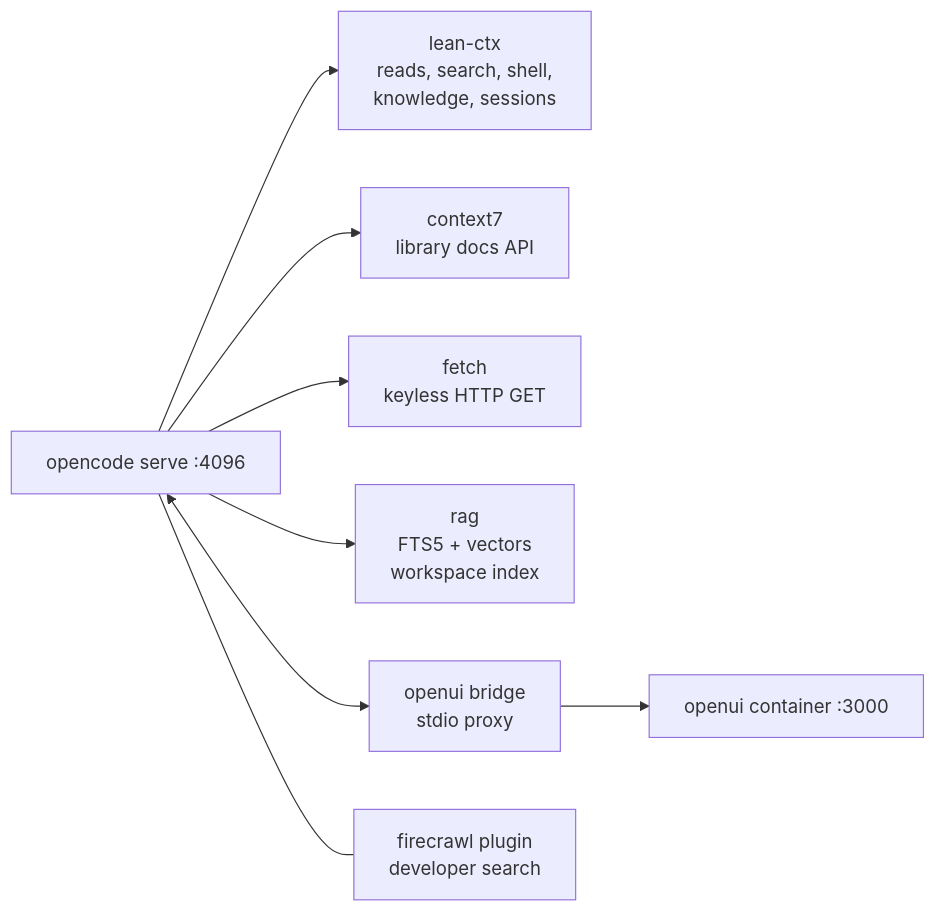
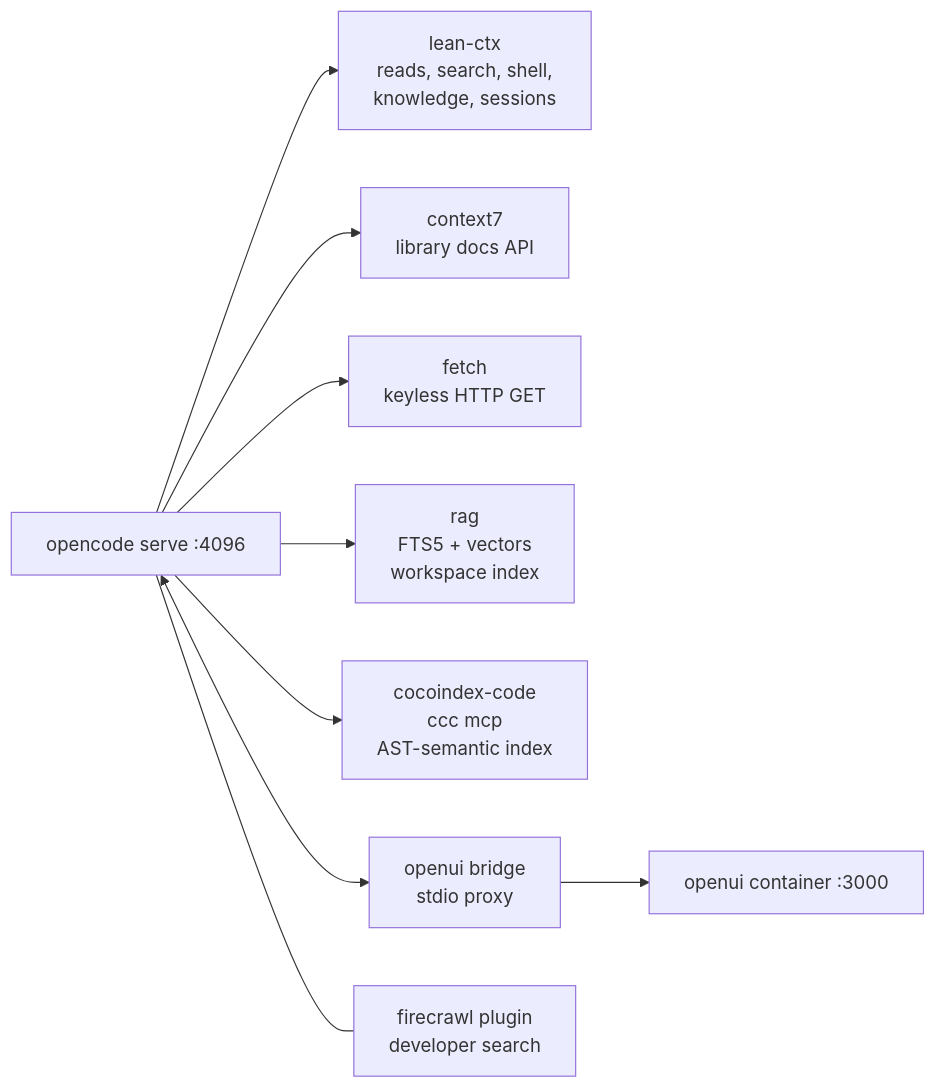
One commit to RizkiRachman/utility changed the first of 2 diagrams in workspace/agents/opencode/README.md. Above: the diagram before and after it, drawn with Mermaid. The commit also changed other lines of this file and 9 other files, not shown here.

````diff
--- a/workspace/agents/opencode/README.md
+++ b/workspace/agents/opencode/README.md
@@ -127,17 +134,19 @@
 ```mermaid
 flowchart LR
     OC["opencode serve :4096"]
     LC["lean-ctx<br/>reads, search, shell,<br/>knowledge, sessions"]
     C7["context7<br/>library docs API"]
     FE["fetch<br/>keyless HTTP GET"]
     RG["rag<br/>FTS5 + vectors<br/>workspace index"]
+    CC["cocoindex-code<br/>ccc mcp<br/>AST-semantic index"]
     BR["openui bridge<br/>stdio proxy"]
     UI["openui container :3000"]
     FC["firecrawl plugin<br/>developer search"]
     OC --> LC
     OC --> C7
     OC --> FE
     OC --> RG
+    OC --> CC
     OC <--> BR --> UI
     OC --- FC
 ```
````
